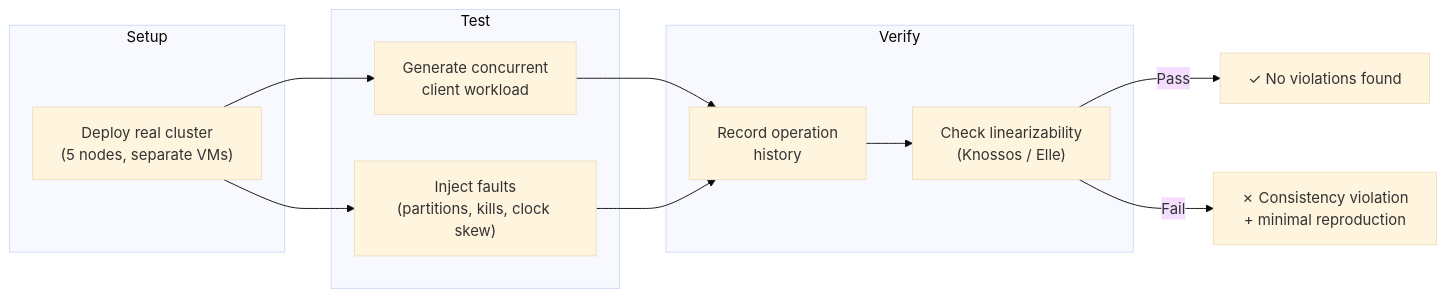
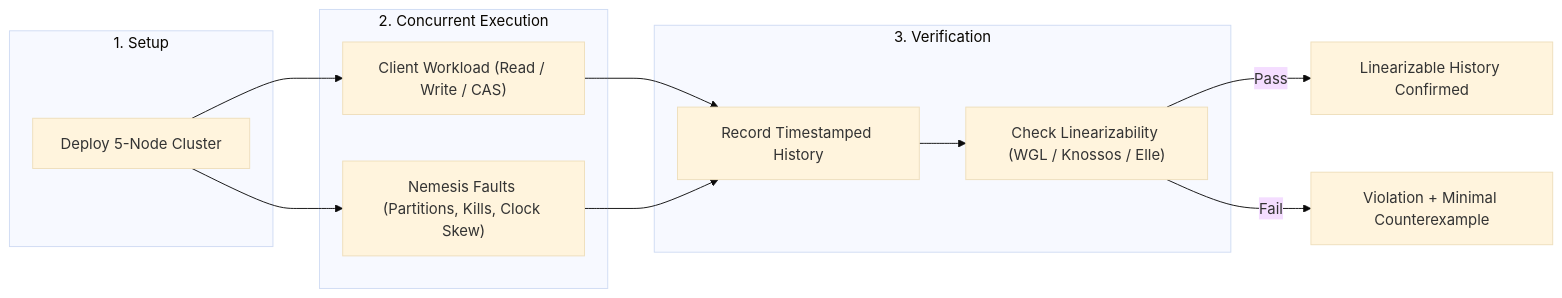
One commit to bmscomp/raft changed the first of 4 diagrams in docs/book/20-jepsen-verification.md. Above: the diagram before and after it, drawn with Mermaid (base theme). The commit also changed other lines of this file and 38 other files, not shown here.

First line of the commit message:
docs: replace ASCII art with Mermaid diagrams across book and tutorials

````diff
--- a/docs/book/20-jepsen-verification.md
+++ b/docs/book/20-jepsen-verification.md
@@ -13,25 +13,25 @@
 ```mermaid
 flowchart LR
-    subgraph Setup
-        C["Deploy real cluster\n(5 nodes, separate VMs)"]
+    subgraph Setup["1. Setup"]
+        C["Deploy 5-Node Cluster"]
     end
 
-    subgraph Test
-        W["Generate concurrent\nclient workload"]
-        F["Inject faults\n(partitions, kills, clock skew)"]
+    subgraph Test["2. Concurrent Execution"]
+        W["Client Workload (Read / Write / CAS)"]
+        F["Nemesis Faults (Partitions, Kills, Clock Skew)"]
     end
 
-    subgraph Verify
-        H["Record operation\nhistory"]
-        L["Check linearizability\n(Knossos / Elle)"]
+    subgraph Verify["3. Verification"]
+        H["Record Timestamped History"]
+        L["Check Linearizability (WGL / Knossos / Elle)"]
     end
 
     C --> W
     C --> F
     W --> H
     F --> H
     H --> L
 
-    L -->|Pass| OK["✓ No violations found"]
-    L -->|Fail| BUG["✗ Consistency violation\n+ minimal reproduction"]
+    L -->|"Pass"| OK["Linearizable History Confirmed"]
+    L -->|"Fail"| BUG["Violation + Minimal Counterexample"]
 ```
````
